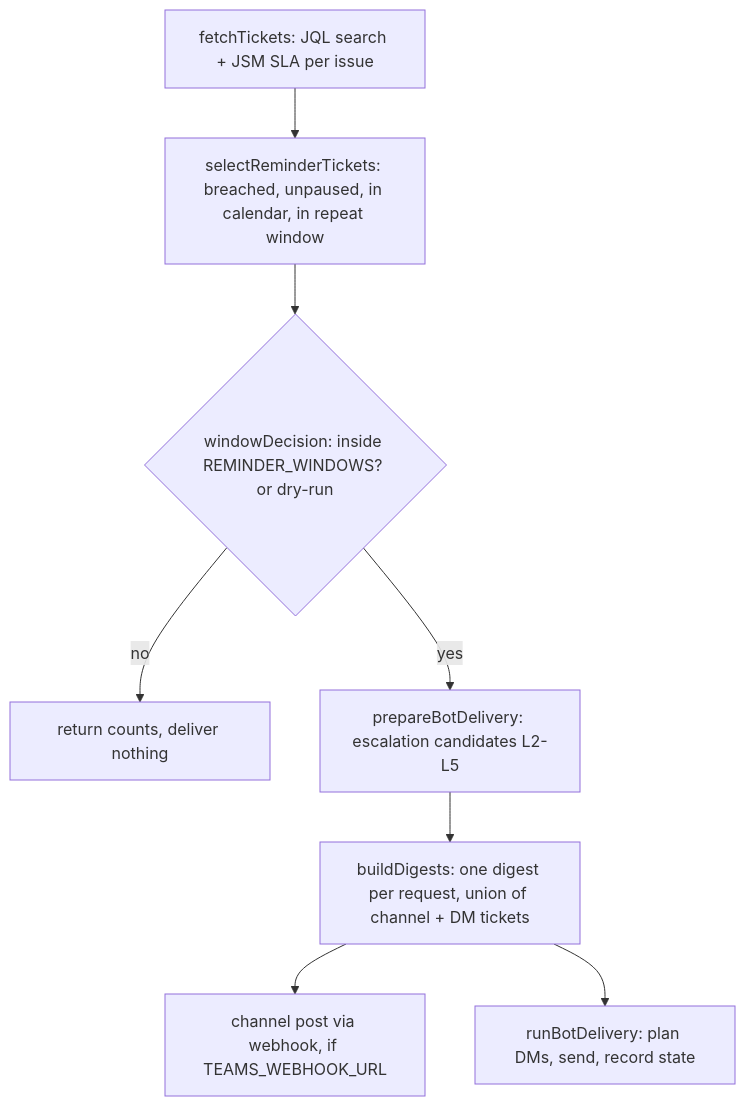
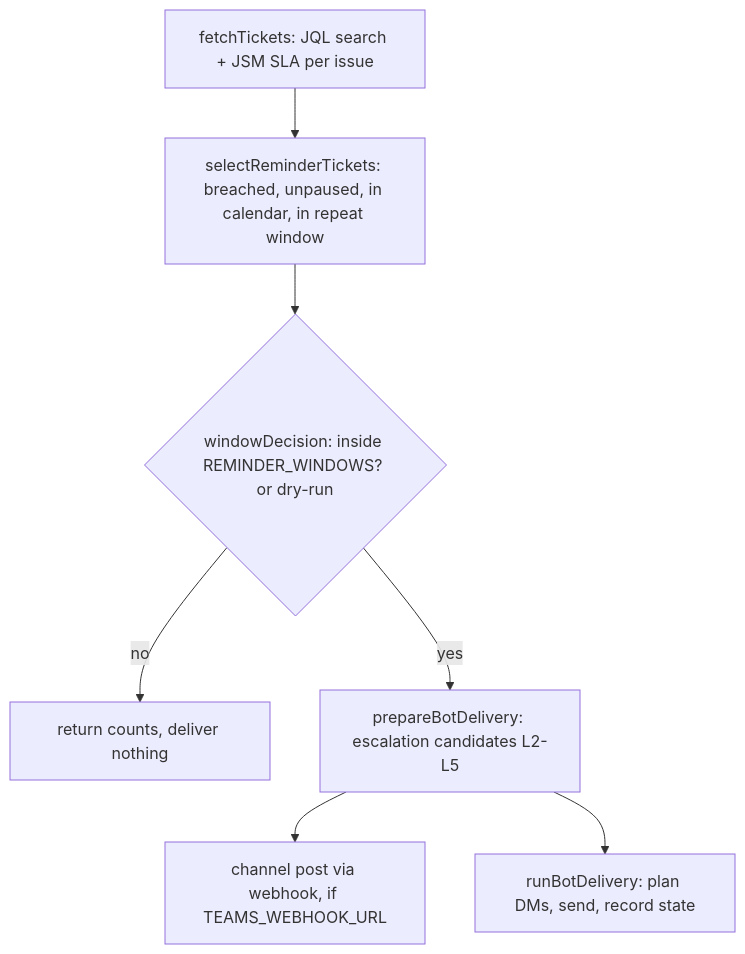
Before and after one commit to anarrraa/techsupport: the diagram in for-agents/architecture.md, drawn with Mermaid. The commit also changed other lines of this file and 13 other files, not shown here.

````diff
--- a/for-agents/architecture.md
+++ b/for-agents/architecture.md
@@ -8,10 +8,9 @@
 ```mermaid
 flowchart TD
   A[fetchTickets: JQL search + JSM SLA per issue] --> B[selectReminderTickets: breached, unpaused, in calendar, in repeat window]
   B --> C{windowDecision: inside REMINDER_WINDOWS? or dry-run}
   C -- no --> Z[return counts, deliver nothing]
   C -- yes --> D[prepareBotDelivery: escalation candidates L2-L5]
-  D --> E[buildDigests: one digest per request, union of channel + DM tickets]
-  E --> F[channel post via webhook, if TEAMS_WEBHOOK_URL]
-  E --> G[runBotDelivery: plan DMs, send, record state]
+  D --> F[channel post via webhook, if TEAMS_WEBHOOK_URL]
+  D --> G[runBotDelivery: plan DMs, send, record state]
 ```
````
